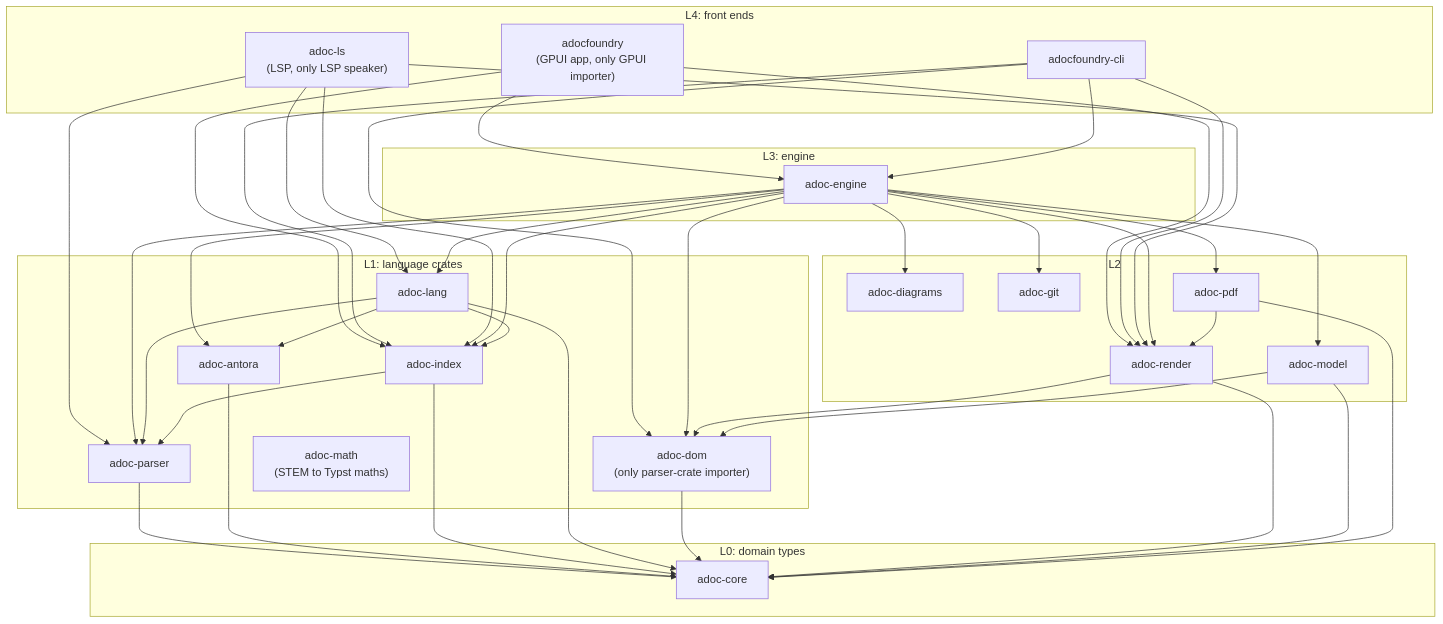
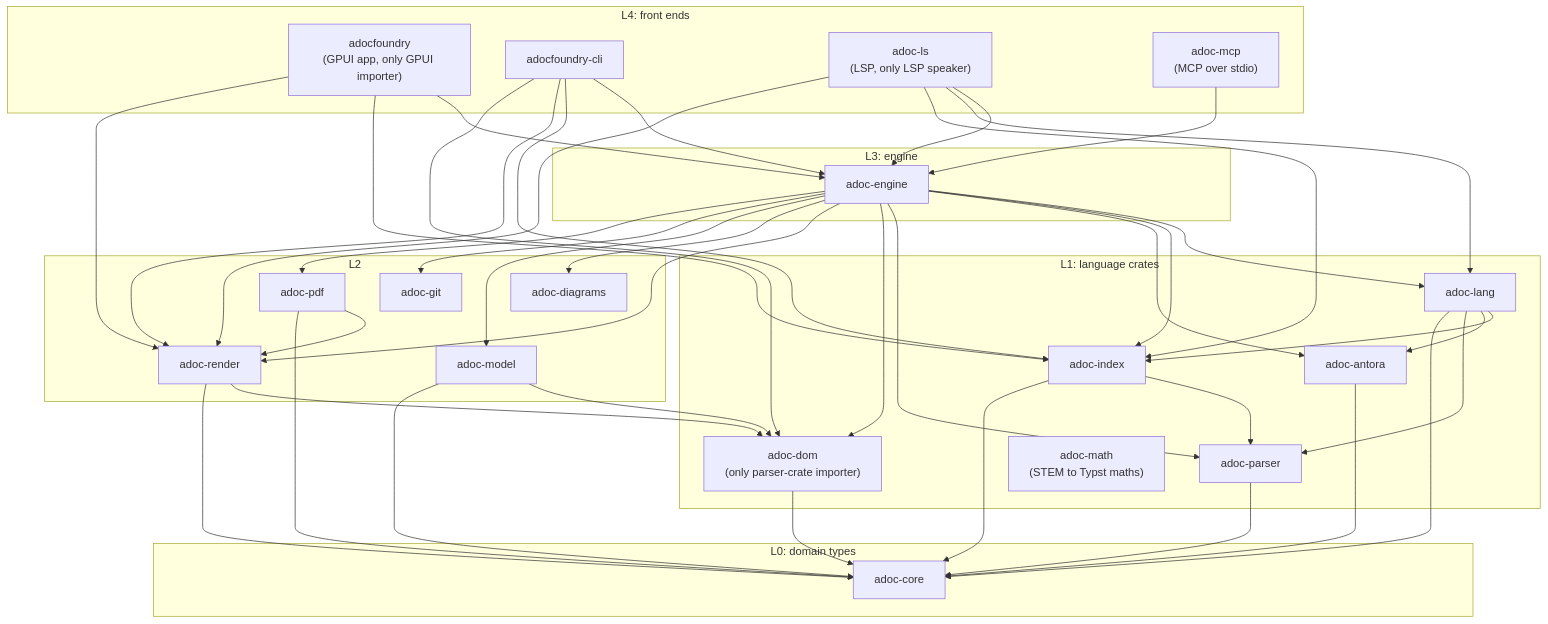
One commit to bovinemagnet/AdocFoundry changed the diagram in src/docs/modules/developer/examples/crate-layers.mmd. Above: the diagram before and after it, drawn with Mermaid. The commit also changed 27 other files, not shown here.

Commit message:
WP 5.7: adoc-mcp, an MCP server over stdio that reads, checks, searches and renders the workspace, and edits it with --allow-write

```diff
--- a/src/docs/modules/developer/examples/crate-layers.mmd
+++ b/src/docs/modules/developer/examples/crate-layers.mmd
@@ -1,63 +1,65 @@
 flowchart TD
     subgraph L4["L4: front ends"]
         app["adocfoundry<br/>(GPUI app, only GPUI importer)"]
         cli["adocfoundry-cli"]
         ls["adoc-ls<br/>(LSP, only LSP speaker)"]
+        mcp["adoc-mcp<br/>(MCP over stdio)"]
     end
     subgraph L3["L3: engine"]
         engine["adoc-engine"]
     end
     subgraph L2["L2"]
         render["adoc-render"]
         diagrams["adoc-diagrams"]
         model["adoc-model"]
         git["adoc-git"]
         pdf["adoc-pdf"]
     end
     subgraph L1["L1: language crates"]
         parser["adoc-parser"]
         dom["adoc-dom<br/>(only parser-crate importer)"]
         antora["adoc-antora"]
         index["adoc-index"]
         lang["adoc-lang"]
         math["adoc-math<br/>(STEM to Typst maths)"]
     end
     subgraph L0["L0: domain types"]
         core["adoc-core"]
     end
     app --> engine
     app --> index
     app --> render
     cli --> engine
     cli --> index
     cli --> render
     cli --> dom
+    ls --> engine
     ls --> lang
     ls --> index
-    ls --> parser
     ls --> render
+    mcp --> engine
     engine --> lang
     engine --> index
     engine --> antora
     engine --> parser
     engine --> dom
     engine --> render
     engine --> diagrams
     engine --> model
     engine --> git
     engine --> pdf
     pdf --> render
     render --> dom
     model --> dom
     lang --> index
     lang --> antora
     lang --> parser
     index --> parser
     parser --> core
     antora --> core
     index --> core
     lang --> core
     dom --> core
     render --> core
     model --> core
     pdf --> core
```
